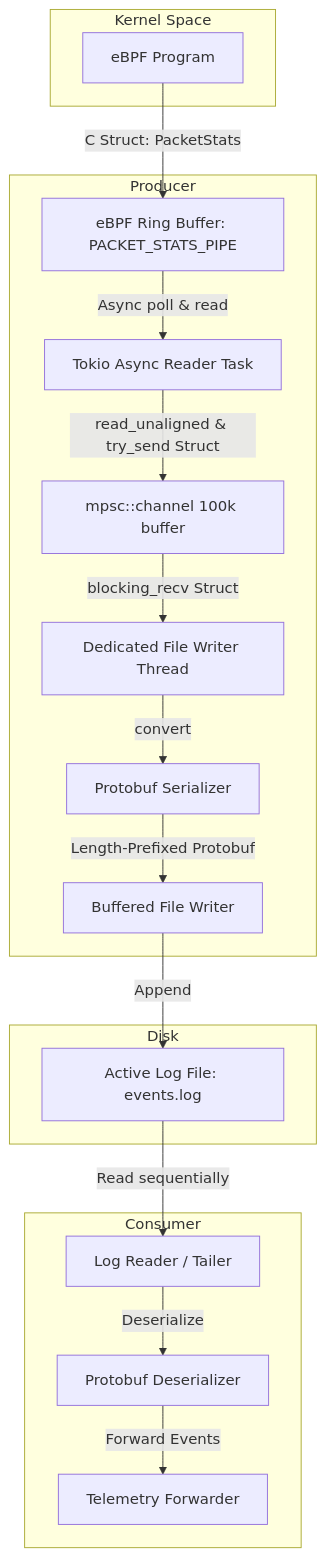
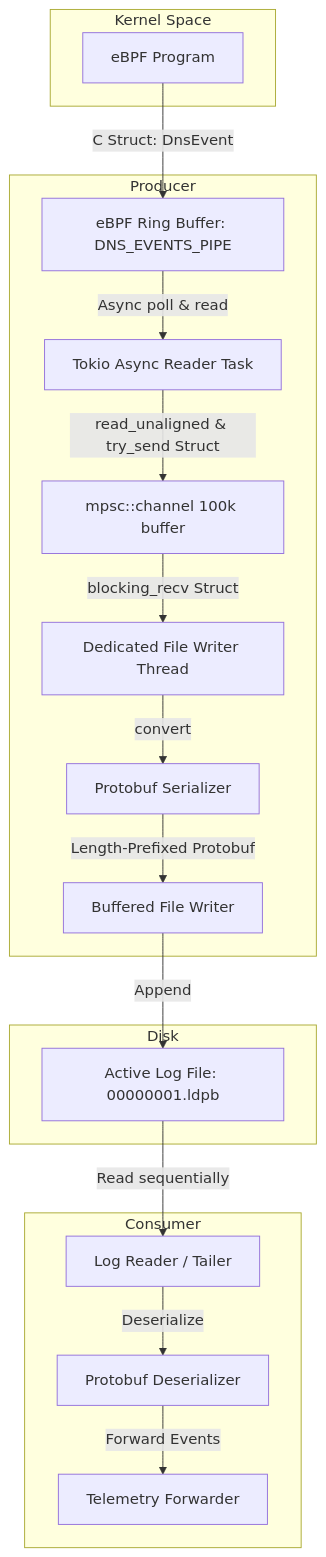
One commit to UladzislauBlok/ebpf-profiler changed the diagram in docs/userspace_architecture.md. Above: the diagram before and after it, drawn with Mermaid. The commit also changed other lines of this file and 7 other files, not shown here.

````diff
--- a/docs/userspace_architecture.md
+++ b/docs/userspace_architecture.md
@@ -11,37 +11,37 @@
 ```mermaid
 graph TD
     subgraph Kernel Space
         ebpf[eBPF Program]
     end
 
     subgraph Ingestor Daemon [Producer]
-        ringbuf[eBPF Ring Buffer: PACKET_STATS_PIPE]
+        ringbuf[eBPF Ring Buffer: DNS_EVENTS_PIPE]
         async_reader[Tokio Async Reader Task]
         mpsc[mpsc::channel 100k buffer]
         os_thread[Dedicated File Writer Thread]
         serializer[Protobuf Serializer]
         bufwriter[Buffered File Writer]
     end
 
     subgraph Storage [Disk]
-        file[Active Log File: events.log]
+        file[Active Log File: 00000001.ldpb]
     end
 
     subgraph Forwarder Daemon [Consumer]
         reader[Log Reader / Tailer]
         deserializer[Protobuf Deserializer]
         uploader[Telemetry Forwarder]
     end
 
     %% Flow
-    ebpf -->|C Struct: PacketStats| ringbuf
+    ebpf -->|C Struct: DnsEvent| ringbuf
     ringbuf -->|Async poll & read| async_reader
     async_reader -->|read_unaligned & try_send Struct| mpsc
     mpsc -->|blocking_recv Struct| os_thread
     os_thread -->|convert| serializer
     serializer -->|Length-Prefixed Protobuf| bufwriter
     bufwriter -->|Append| file
     file -->|Read sequentially| reader
     reader -->|Deserialize| deserializer
     deserializer -->|Forward Events| uploader
 ```
````
